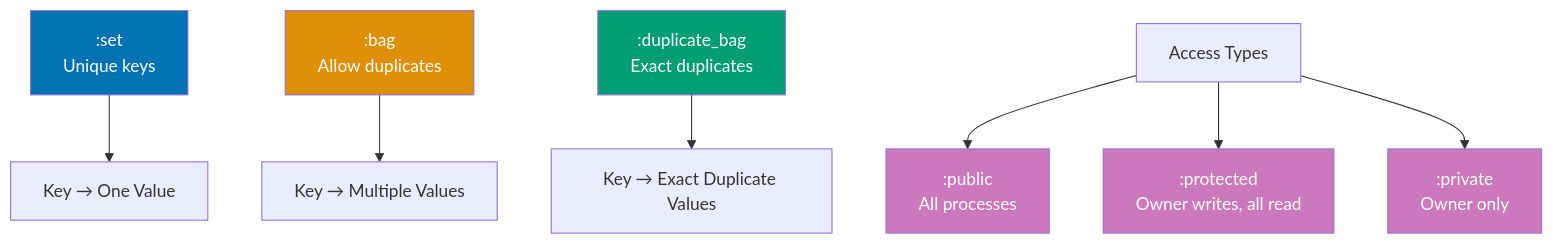
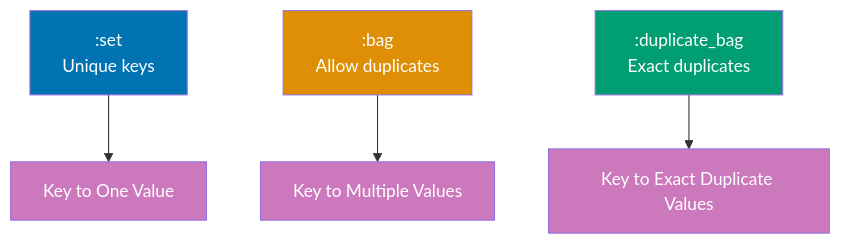
Diagram 14 of 20 in apps/ayokoding-web/content/en/learn/software-engineering/programming-languages/elixir/tutorials/by-example/advanced.md (wahidyankf/open-sharia-enterprise), drawn with Mermaid before and after one commit. The commit also changed other lines of this file and 86 other files, not shown here.

First line of the commit message:
feat(diagrams): implement TD default layout and diagram splitting for mobile

````diff
--- a/apps/ayokoding-web/content/en/learn/software-engineering/programming-languages/elixir/tutorials/by-example/advanced.md
+++ b/apps/ayokoding-web/content/en/learn/software-engineering/programming-languages/elixir/tutorials/by-example/advanced.md
@@ -1958,18 +1985,13 @@
 ```mermaid
-%% Color Palette: Blue #0173B2, Orange #DE8F05, Teal #029E73, Purple #CC78BC, Brown #CA9161
-graph TB
-    Set[":set<br/>Unique keys"] --> One["Key → One Value"]
-    Bag[":bag<br/>Allow duplicates"] --> Many["Key → Multiple Values"]
-    DupBag[":duplicate_bag<br/>Exact duplicates"] --> Exact["Key → Exact Duplicate Values"]
-
-    Access["Access Types"] --> Public[":public<br/>All processes"]
-    Access --> Protected[":protected<br/>Owner writes, all read"]
-    Access --> Private[":private<br/>Owner only"]
+graph TD
+    Set[":set<br/>Unique keys"] --> One["Key to One Value"]
+    Bag[":bag<br/>Allow duplicates"] --> Many["Key to Multiple Values"]
+    DupBag[":duplicate_bag<br/>Exact duplicates"] --> Exact["Key to Exact Duplicate Values"]
 
     style Set fill:#0173B2,color:#fff
     style Bag fill:#DE8F05,color:#fff
     style DupBag fill:#029E73,color:#fff
-    style Public fill:#CC78BC,color:#fff
-    style Protected fill:#CC78BC,color:#fff
-    style Private fill:#CC78BC,color:#fff
+    style One fill:#CC78BC,color:#fff
+    style Many fill:#CC78BC,color:#fff
+    style Exact fill:#CC78BC,color:#fff
 ```
````
